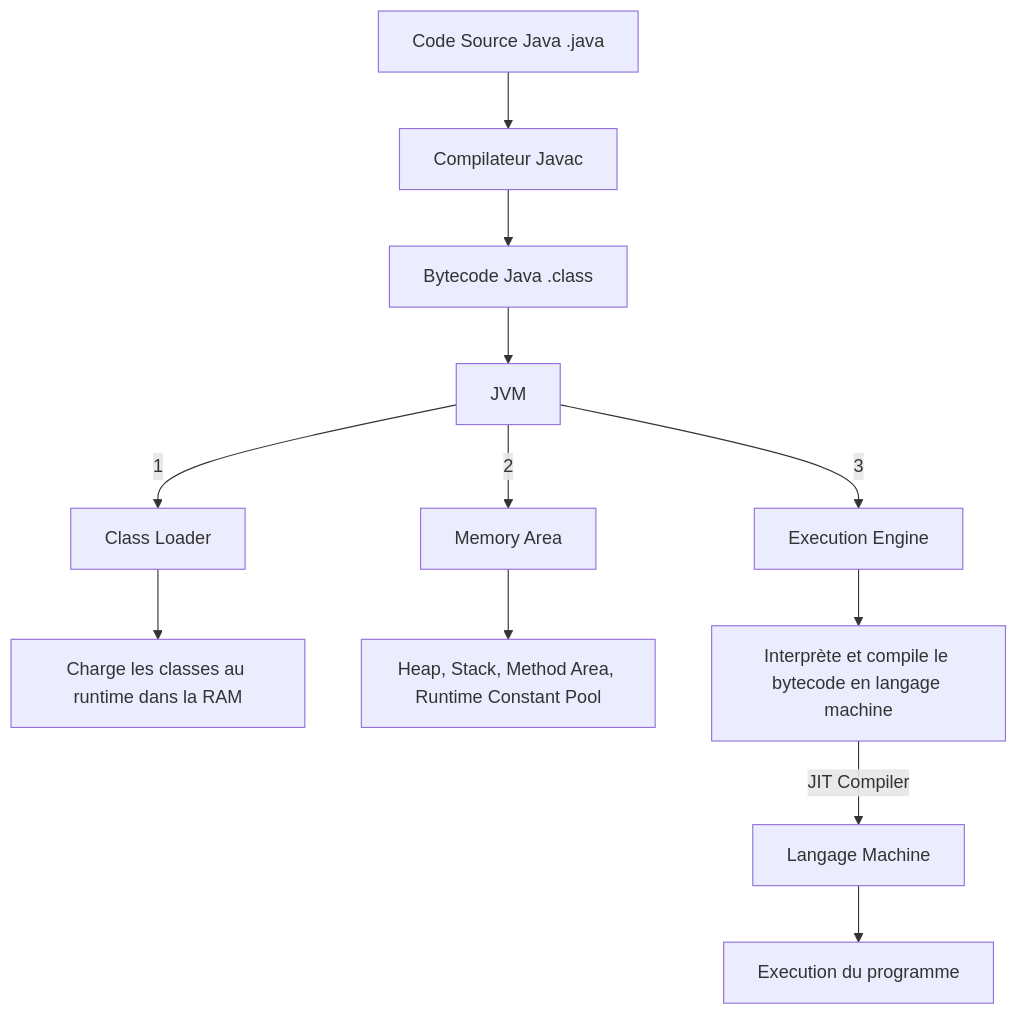
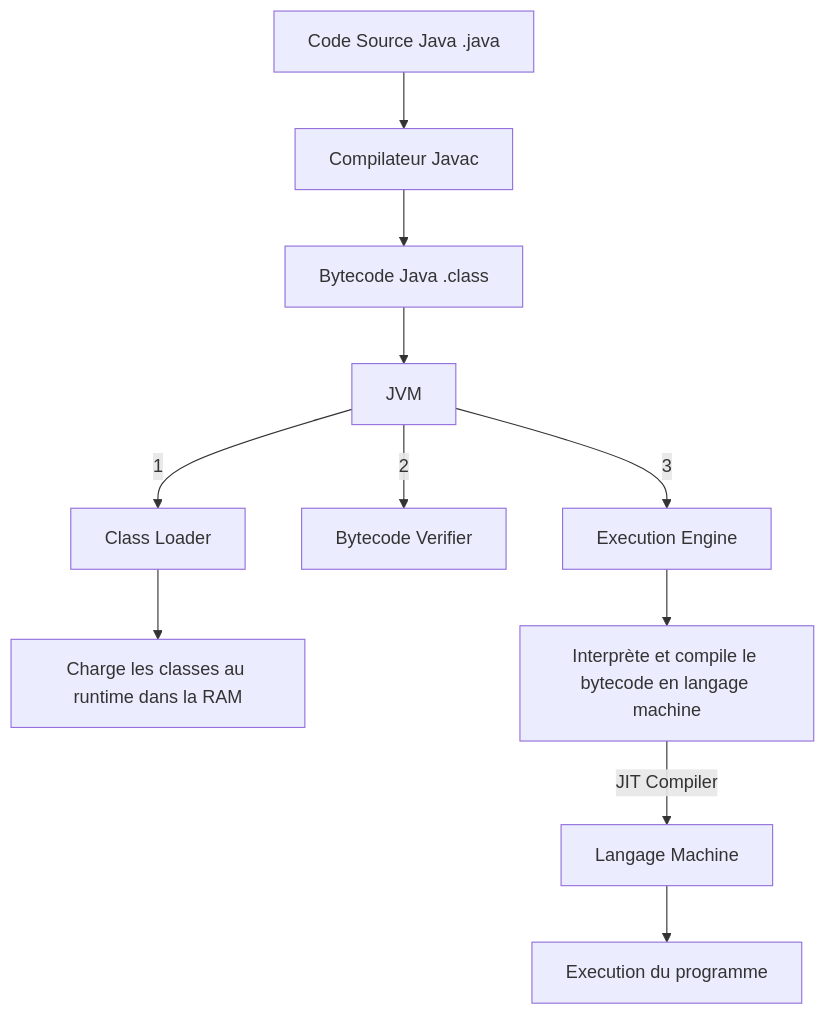
One commit to tanguybernard/computer-science-knowledge changed the second of 2 diagrams in lang_fwk/java_world/courses/JVM.md. Above: the diagram before and after it, drawn with Mermaid.

````diff
--- a/lang_fwk/java_world/courses/JVM.md
+++ b/lang_fwk/java_world/courses/JVM.md
@@ -11,14 +11,13 @@
 ```mermaid
 flowchart TD
     A[Code Source Java .java] --> B[Compilateur Javac]
     B --> C[Bytecode Java .class]
     C --> D[JVM]
     D -->|1| E1[Class Loader]
-    D -->|2| E2[Memory Area]
+    D -->|2| E2[Bytecode Verifier]
     D -->|3| E3[Execution Engine]
     E1 --> F1[Charge les classes au runtime dans la RAM]
-    E2 --> F2[Heap, Stack, Method Area, Runtime Constant Pool]
     E3 --> F3[Interprète et compile le bytecode en langage machine]
     F3 -->|JIT Compiler| G[Langage Machine]
     G --> H[Execution du programme]
 ```
````
